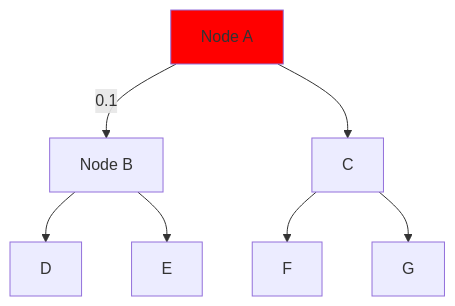
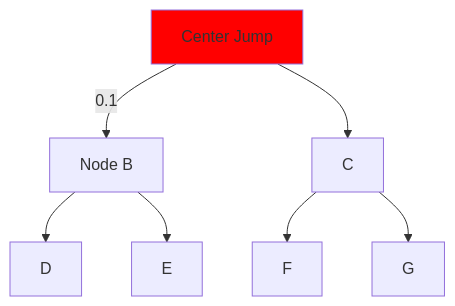
The diagram in README.md (JimbyRaynor/BasketBall), drawn with Mermaid before and after one commit.

````diff
--- a/README.md
+++ b/README.md
@@ -5,12 +5,12 @@
 ```mermaid 
 graph TD;
-    A[Node A]-->|0.1|B[Node B];
+    A[Center Jump]-->|0.1|B[Node B];
     A-->C;
     B-->D;
     B-->E;
     C-->F;
     C-->G;
 
 style A fill:#ff0000;
 
 ```
````
